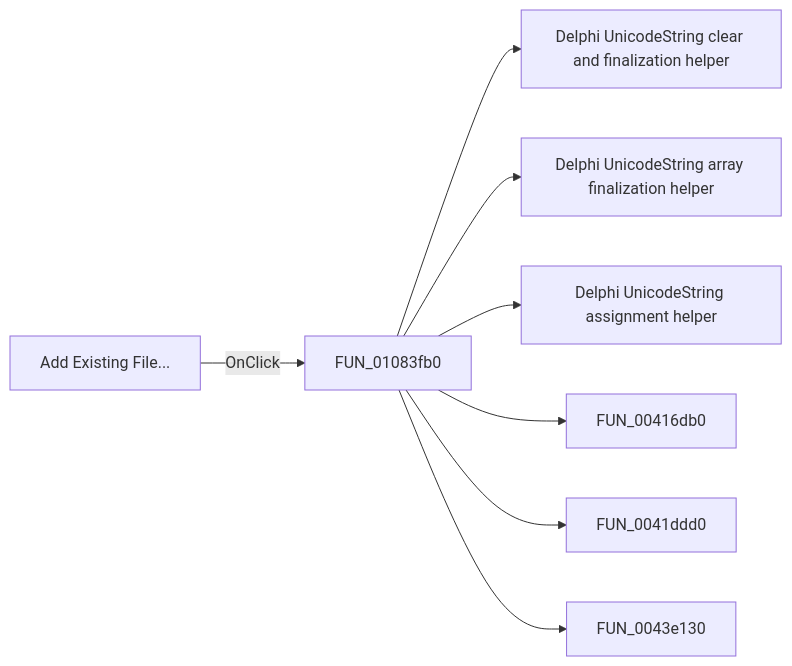
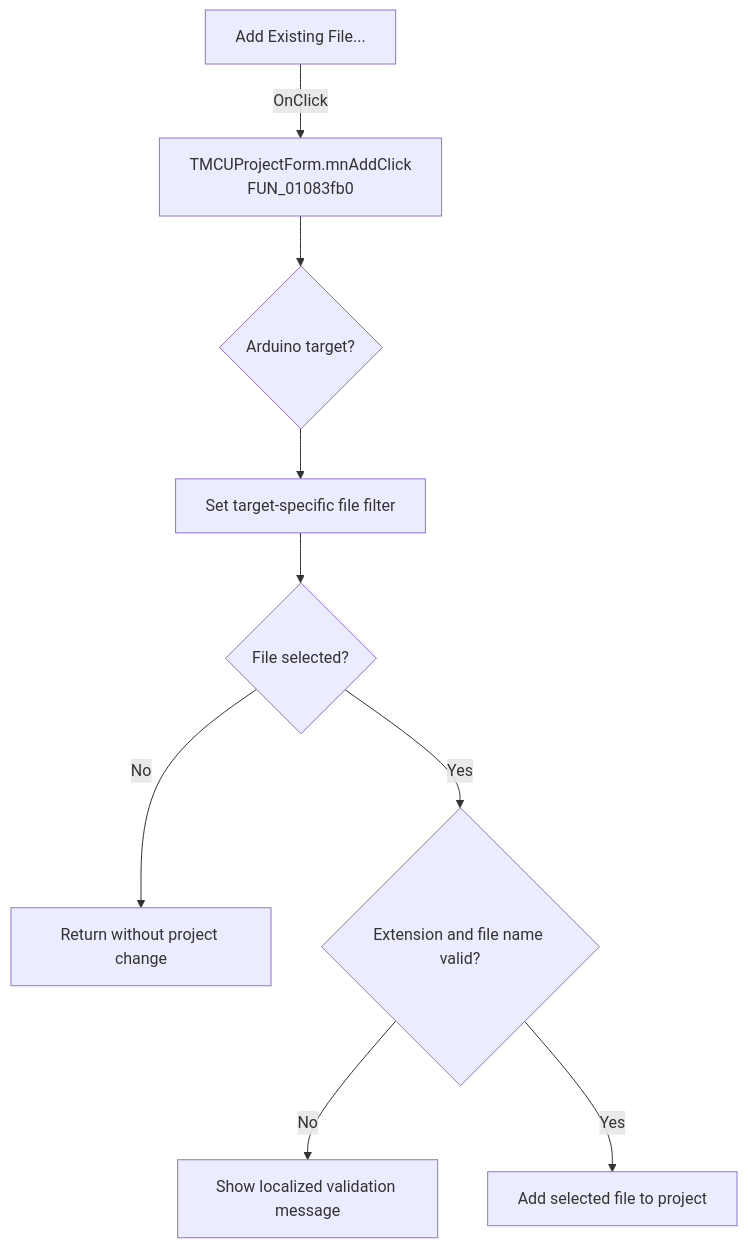
The diagram in docs/ui-controls/mcuprojectform/mnadd-5508803b28.md (MovGP0/TIARA), drawn with Mermaid before and after one commit. The commit also changed other lines of this file and 1062 other files, not shown here.

````diff
--- a/docs/ui-controls/mcuprojectform/mnadd-5508803b28.md
+++ b/docs/ui-controls/mcuprojectform/mnadd-5508803b28.md
@@ -27,10 +27,11 @@
 ```mermaid
-flowchart LR
-    control["Add Existing File..."] -->|OnClick| handler["FUN_01083fb0"]
-    handler --> call1["Delphi UnicodeString clear and finalization helper"]
-    handler --> call2["Delphi UnicodeString array finalization helper"]
-    handler --> call3["Delphi UnicodeString assignment helper"]
-    handler --> call4["FUN_00416db0"]
-    handler --> call5["FUN_0041ddd0"]
-    handler --> call6["FUN_0043e130"]
+flowchart TD
+    control["Add Existing File..."] -->|OnClick| handler["TMCUProjectForm.mnAddClick<br/>FUN_01083fb0"]
+    handler --> target{"Arduino target?"}
+    target --> filter["Set target-specific file filter"]
+    filter --> picker{"File selected?"}
+    picker -->|No| noOp["Return without project change"]
+    picker -->|Yes| valid{"Extension and file name valid?"}
+    valid -->|No| error["Show localized validation message"]
+    valid -->|Yes| add["Add selected file to project"]
 ```
````
